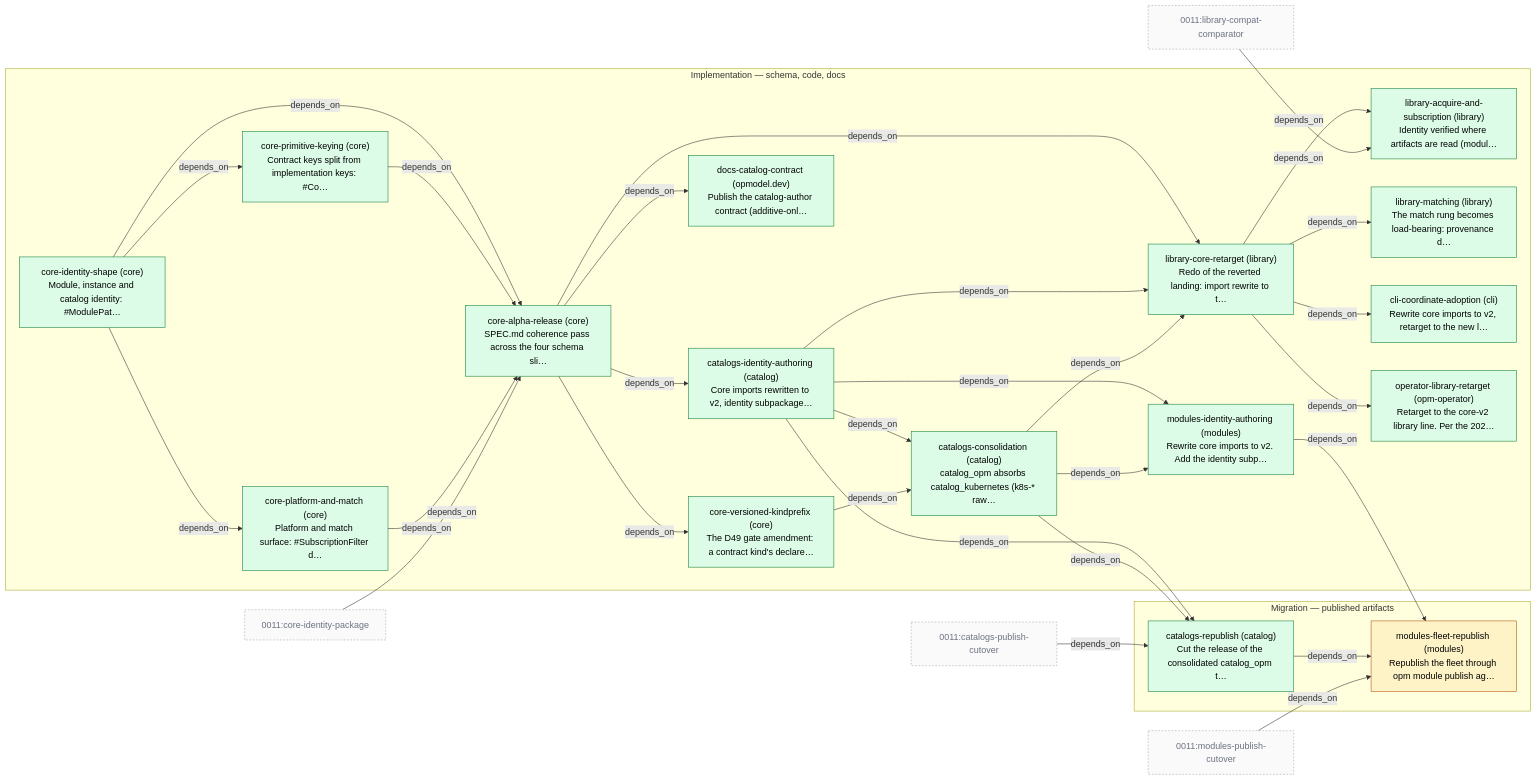
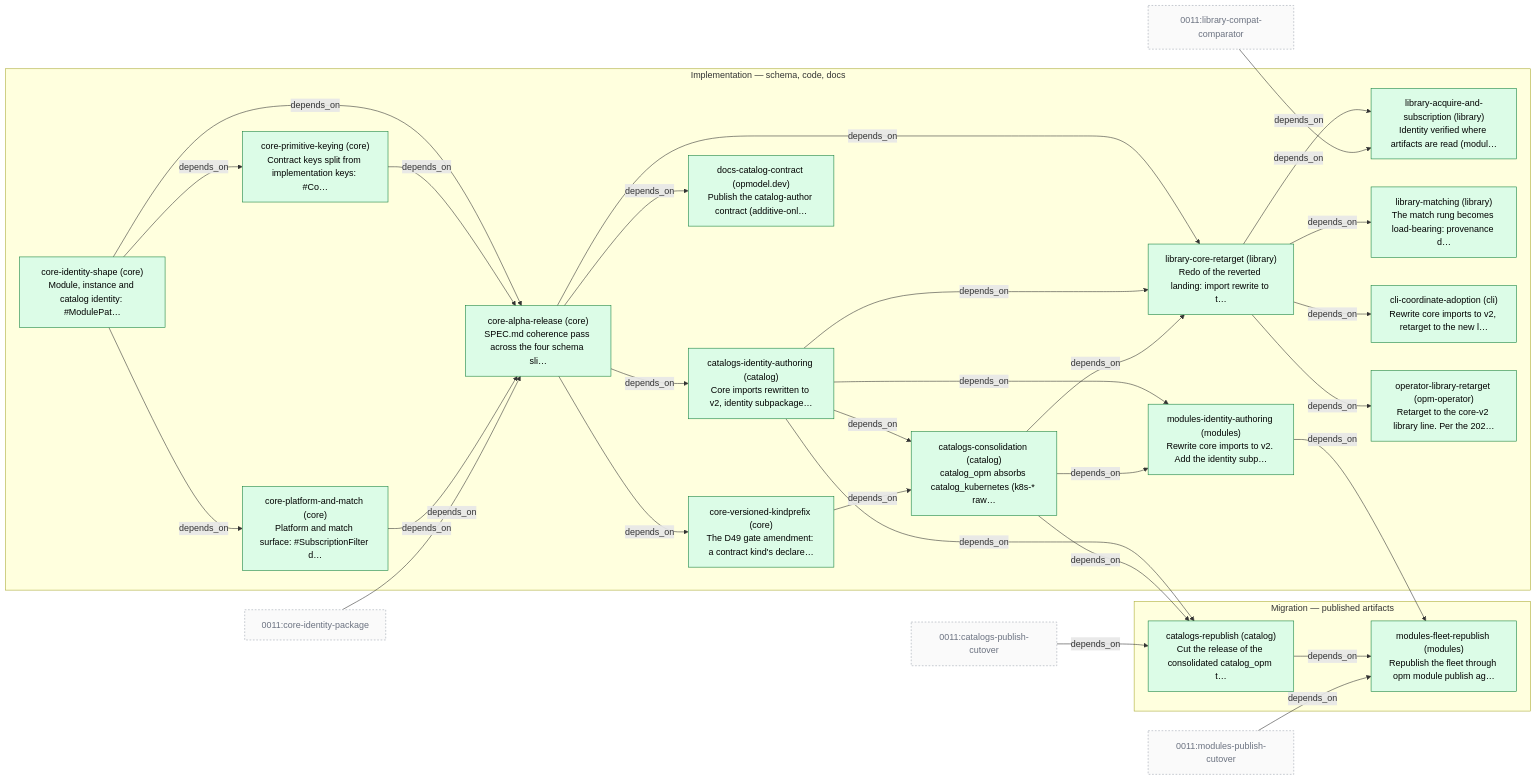
One commit to open-platform-model/enhancements changed the diagram in 0010/PLAN.md. Above: the diagram before and after it, drawn with Mermaid. The commit also changed other lines of this file and 6 other files, not shown here.

````diff
--- a/0010/PLAN.md
+++ b/0010/PLAN.md
@@ -5,61 +5,61 @@
 ```mermaid
 graph LR
   classDef planned     fill:#fef3c7,stroke:#b45309,color:#000
   classDef in_progress fill:#dbeafe,stroke:#1d4ed8,color:#000
   classDef done        fill:#dcfce7,stroke:#15803d,color:#000
   classDef cancelled   fill:#e5e7eb,stroke:#6b7280,color:#6b7280
   classDef other       fill:#fafafa,stroke:#9ca3af,color:#6b7280,stroke-dasharray:3 3
 
   subgraph PHASE_IMPL["Implementation — schema, code, docs"]
     S_core-identity-shape["core-identity-shape (core)\nModule, instance and catalog identity: #ModulePat…"]:::done
     S_core-primitive-keying["core-primitive-keying (core)\nContract keys split from implementation keys: #Co…"]:::done
     S_core-platform-and-match["core-platform-and-match (core)\nPlatform and match surface: #SubscriptionFilter d…"]:::done
     S_core-alpha-release["core-alpha-release (core)\nSPEC.md coherence pass across the four schema sli…"]:::done
     S_core-versioned-kindprefix["core-versioned-kindprefix (core)\nThe D49 gate amendment: a contract kind's declare…"]:::done
     S_library-core-retarget["library-core-retarget (library)\nRedo of the reverted landing: import rewrite to t…"]:::done
     S_library-acquire-and-subscription["library-acquire-and-subscription (library)\nIdentity verified where artifacts are read (modul…"]:::done
     S_library-matching["library-matching (library)\nThe match rung becomes load-bearing: provenance d…"]:::done
     S_docs-catalog-contract["docs-catalog-contract (opmodel.dev)\nPublish the catalog-author contract (additive-onl…"]:::done
     S_cli-coordinate-adoption["cli-coordinate-adoption (cli)\nRewrite core imports to v2, retarget to the new l…"]:::done
     S_operator-library-retarget["operator-library-retarget (opm-operator)\nRetarget to the core-v2 library line. Per the 202…"]:::done
     S_catalogs-identity-authoring["catalogs-identity-authoring (catalog)\nCore imports rewritten to v2, identity subpackage…"]:::done
     S_catalogs-consolidation["catalogs-consolidation (catalog)\ncatalog_opm absorbs catalog_kubernetes (k8s-* raw…"]:::done
     S_modules-identity-authoring["modules-identity-authoring (modules)\nRewrite core imports to v2. Add the identity subp…"]:::done
   end
   subgraph PHASE_MIGR["Migration — published artifacts"]
     S_catalogs-republish["catalogs-republish (catalog)\nCut the release of the consolidated catalog_opm t…"]:::done
-    S_modules-fleet-republish["modules-fleet-republish (modules)\nRepublish the fleet through opm module publish ag…"]:::planned
+    S_modules-fleet-republish["modules-fleet-republish (modules)\nRepublish the fleet through opm module publish ag…"]:::done
   end
 
   S_core-identity-shape -->|depends_on| S_core-primitive-keying
   S_core-identity-shape -->|depends_on| S_core-platform-and-match
   S_core-identity-shape -->|depends_on| S_core-alpha-release
   S_core-primitive-keying -->|depends_on| S_core-alpha-release
   S_core-platform-and-match -->|depends_on| S_core-alpha-release
   X_0011_core-identity-package["0011:core-identity-package"]:::other
   X_0011_core-identity-package -->|depends_on| S_core-alpha-release
   S_core-alpha-release -->|depends_on| S_core-versioned-kindprefix
   S_core-alpha-release -->|depends_on| S_library-core-retarget
   S_catalogs-identity-authoring -->|depends_on| S_library-core-retarget
   S_catalogs-consolidation -->|depends_on| S_library-core-retarget
   S_library-core-retarget -->|depends_on| S_library-acquire-and-subscription
   X_0011_library-compat-comparator["0011:library-compat-comparator"]:::other
   X_0011_library-compat-comparator -->|depends_on| S_library-acquire-and-subscription
   S_library-core-retarget -->|depends_on| S_library-matching
   S_core-alpha-release -->|depends_on| S_docs-catalog-contract
   S_library-core-retarget -->|depends_on| S_cli-coordinate-adoption
   S_library-core-retarget -->|depends_on| S_operator-library-retarget
   S_core-alpha-release -->|depends_on| S_catalogs-identity-authoring
   S_catalogs-identity-authoring -->|depends_on| S_catalogs-consolidation
   S_core-versioned-kindprefix -->|depends_on| S_catalogs-consolidation
   S_catalogs-identity-authoring -->|depends_on| S_modules-identity-authoring
   S_catalogs-consolidation -->|depends_on| S_modules-identity-authoring
   S_catalogs-identity-authoring -->|depends_on| S_catalogs-republish
   S_catalogs-consolidation -->|depends_on| S_catalogs-republish
   X_0011_catalogs-publish-cutover["0011:catalogs-publish-cutover"]:::other
   X_0011_catalogs-publish-cutover -->|depends_on| S_catalogs-republish
   S_catalogs-republish -->|depends_on| S_modules-fleet-republish
   S_modules-identity-authoring -->|depends_on| S_modules-fleet-republish
   X_0011_modules-publish-cutover["0011:modules-publish-cutover"]:::other
   X_0011_modules-publish-cutover -->|depends_on| S_modules-fleet-republish
 ```
````
